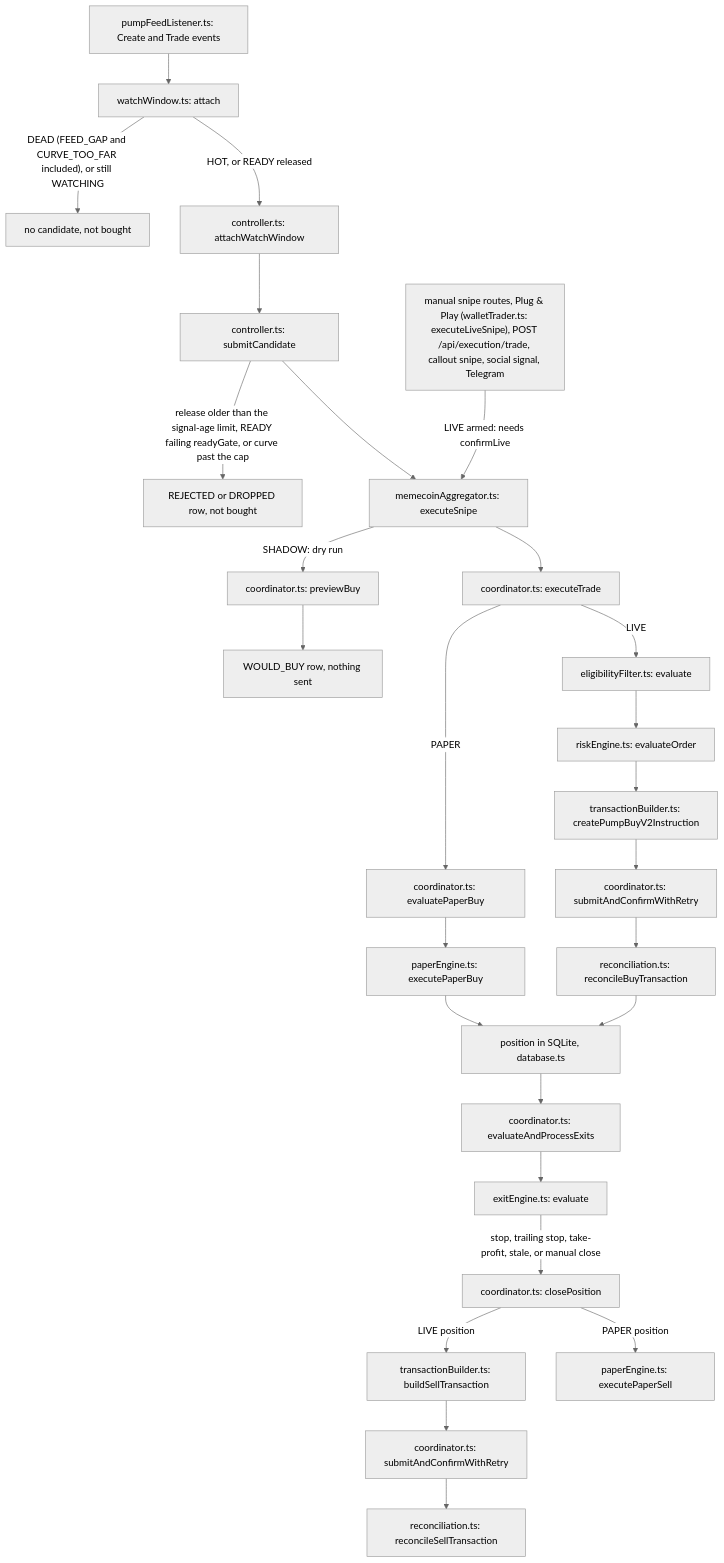
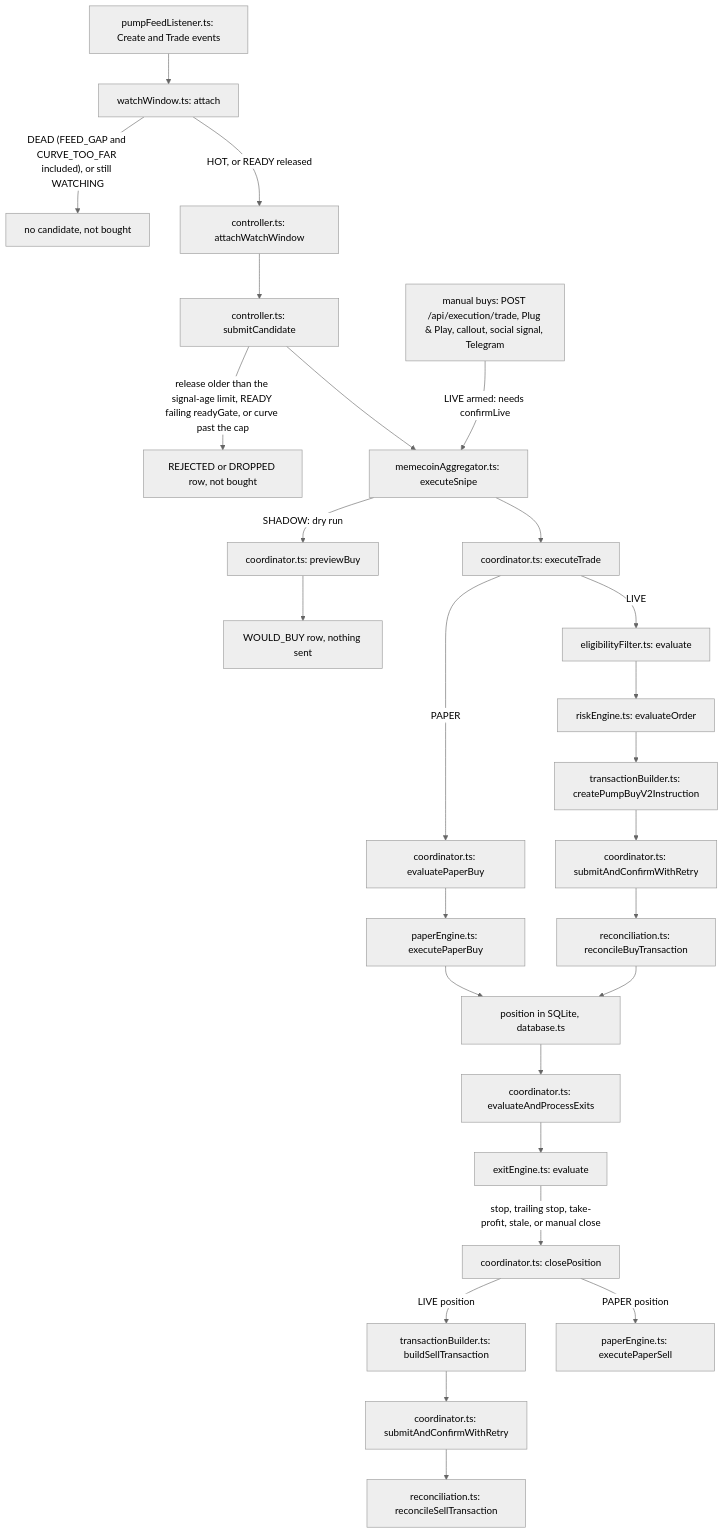
Before and after one commit to ttcdm/hft: the first of 3 diagrams in docs/ARCHITECTURE.md, drawn with Mermaid (neutral theme). The commit also changed other lines of this file, not shown here.

First line of the commit message:
fix(integration): ARCHITECTURE mermaid labels fit the 100-character limit

````diff
--- a/docs/ARCHITECTURE.md
+++ b/docs/ARCHITECTURE.md
@@ -40,29 +40,29 @@
 ```mermaid
 flowchart TD
   feed["pumpFeedListener.ts: Create and Trade events"] --> ww["watchWindow.ts: attach"]
   ww -->|"DEAD (FEED_GAP and CURVE_TOO_FAR included), or still WATCHING"| dropped["no candidate, not bought"]
   ww -->|"HOT, or READY released"| att["controller.ts: attachWatchWindow"]
   att --> sub["controller.ts: submitCandidate"]
   sub -->|"release older than the signal-age limit, READY failing readyGate, or curve past the cap"| refused["REJECTED or DROPPED row, not bought"]
   sub --> snipe["memecoinAggregator.ts: executeSnipe"]
-  manual["manual snipe routes, Plug & Play (walletTrader.ts: executeLiveSnipe), POST /api/execution/trade, callout snipe, social signal, Telegram"] -->|"LIVE armed: needs confirmLive"| snipe
+  manual["manual buys: POST /api/execution/trade, Plug & Play, callout, social signal, Telegram"] -->|"LIVE armed: needs confirmLive"| snipe
   snipe -->|"SHADOW: dry run"| prev["coordinator.ts: previewBuy"]
   prev --> would["WOULD_BUY row, nothing sent"]
   snipe --> exec["coordinator.ts: executeTrade"]
   exec -->|"PAPER"| pgate["coordinator.ts: evaluatePaperBuy"]
   pgate --> pfill["paperEngine.ts: executePaperBuy"]
   exec -->|"LIVE"| elig["eligibilityFilter.ts: evaluate"]
   elig --> risk["riskEngine.ts: evaluateOrder"]
   risk --> build["transactionBuilder.ts: createPumpBuyV2Instruction"]
   build --> send["coordinator.ts: submitAndConfirmWithRetry"]
   send --> recon["reconciliation.ts: reconcileBuyTransaction"]
   pfill --> pos["position in SQLite, database.ts"]
   recon --> pos
   pos --> exits["coordinator.ts: evaluateAndProcessExits"]
   exits --> rule["exitEngine.ts: evaluate"]
   rule -->|"stop, trailing stop, take-profit, stale, or manual close"| close["coordinator.ts: closePosition"]
   close -->|"LIVE position"| sbuild["transactionBuilder.ts: buildSellTransaction"]
   sbuild --> ssend["coordinator.ts: submitAndConfirmWithRetry"]
   ssend --> sell["reconciliation.ts: reconcileSellTransaction"]
   close -->|"PAPER position"| psell["paperEngine.ts: executePaperSell"]
 ```
````
